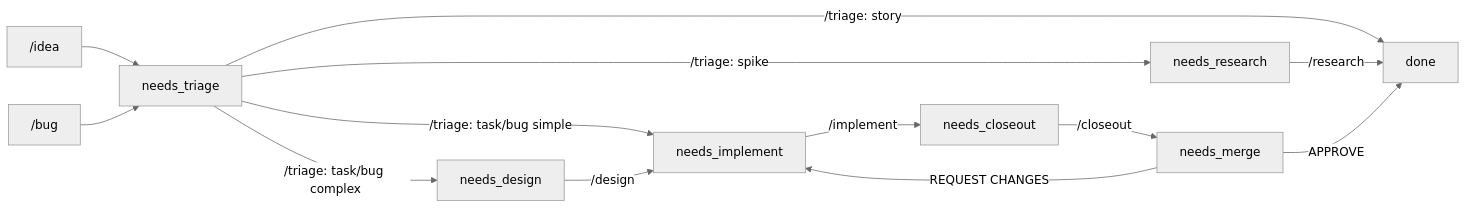
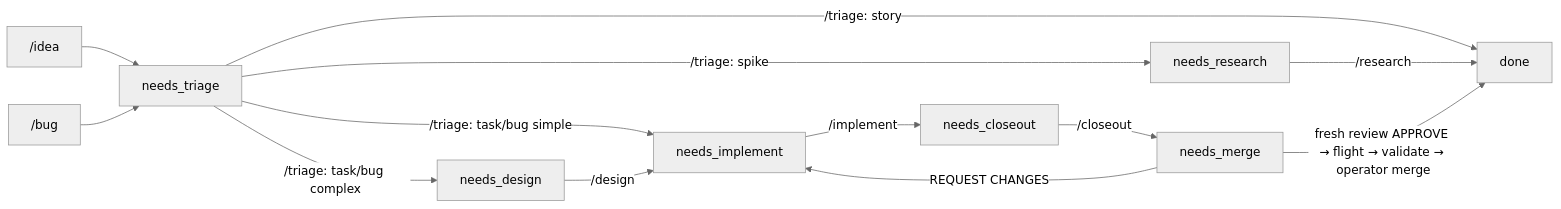
Before and after one commit to cogni-dao/cogni: the diagram in docs/spec/development-lifecycle.md, drawn with Mermaid (neutral theme). The commit also changed other lines of this file and 10 other files, not shown here.

````diff
--- a/docs/spec/development-lifecycle.md
+++ b/docs/spec/development-lifecycle.md
@@ -96,15 +96,15 @@
 ```mermaid
 graph LR
   idea["/idea"] --> needs_triage
   bug_cmd["/bug"] --> needs_triage
   needs_triage -->|"/triage: story"| done
   needs_triage -->|"/triage: spike"| needs_research
   needs_triage -->|"/triage: task/bug complex"| needs_design
   needs_triage -->|"/triage: task/bug simple"| needs_implement
   needs_research -->|"/research"| done
   needs_design -->|"/design"| needs_implement
   needs_implement -->|"/implement"| needs_closeout
   needs_closeout -->|"/closeout"| needs_merge
-  needs_merge -->|"APPROVE"| done
+  needs_merge -->|"fresh review APPROVE → flight → validate → operator merge"| done
   needs_merge -->|"REQUEST CHANGES"| needs_implement
 ```
````
